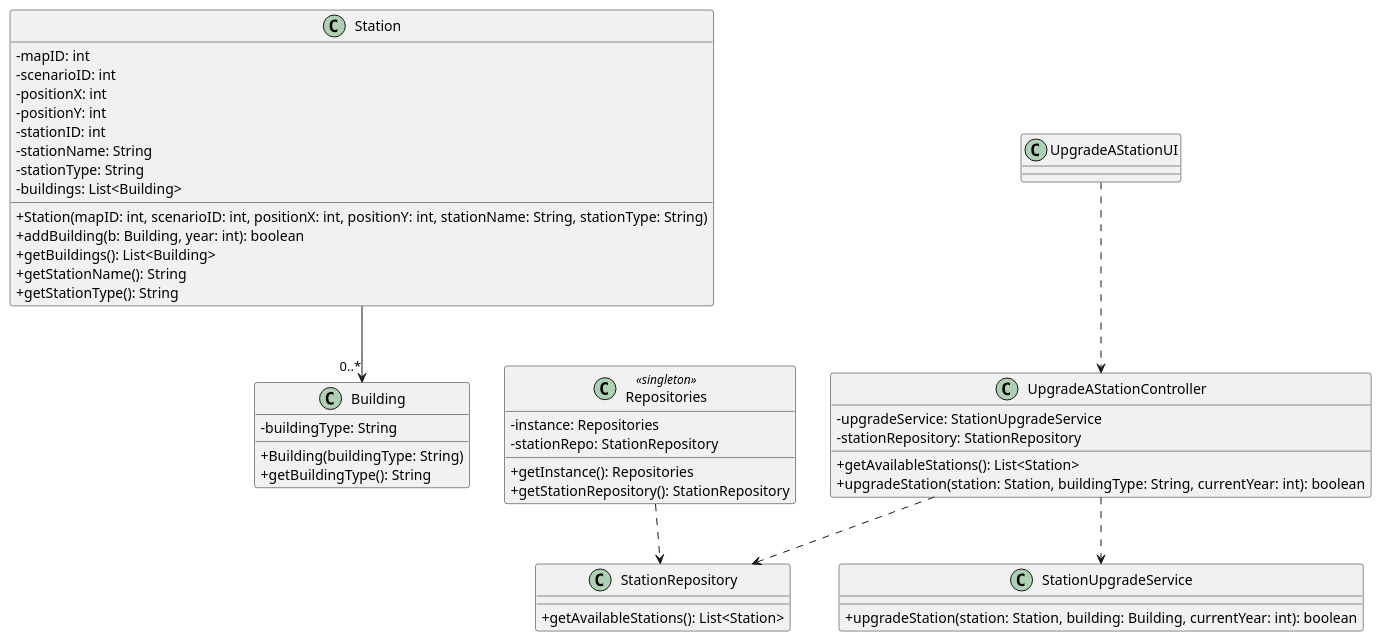
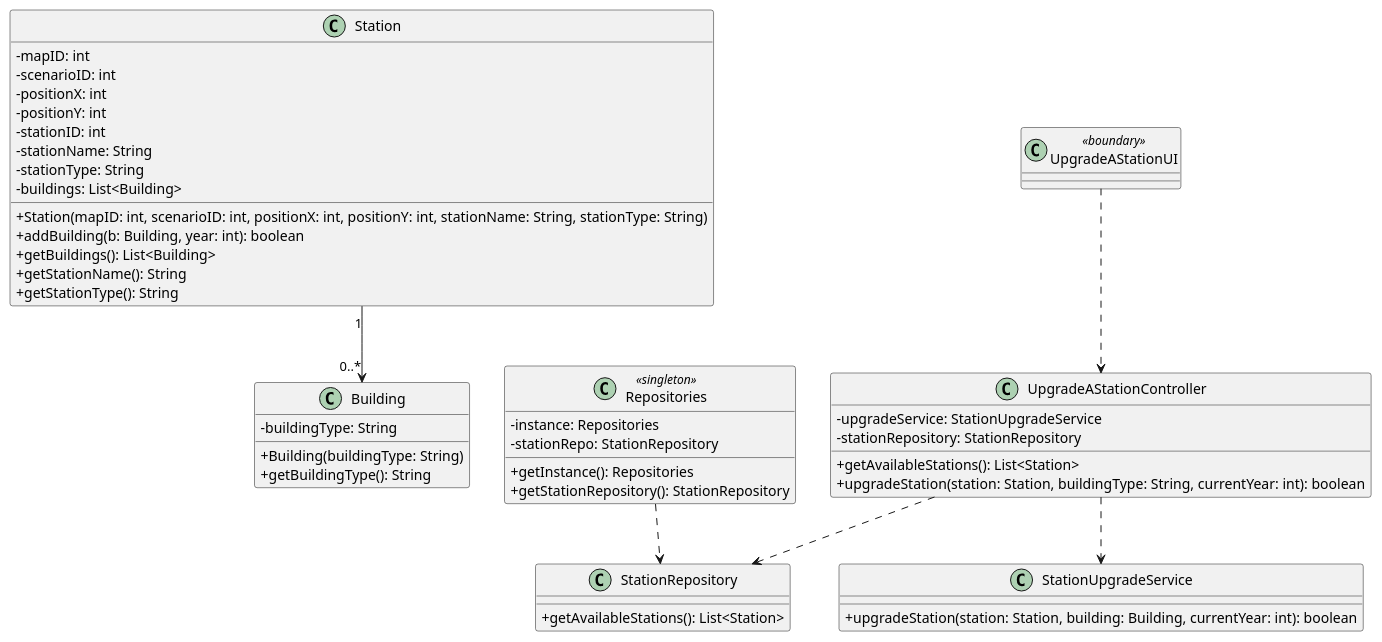
Before and after one commit to ivasduarte/all-aboard: the diagram in docs/sprint2/us006/03.design/puml/us006-class-diagram.puml, drawn with PlantUML.

Commit message:
US06(docs): class diagram

```diff
--- a/docs/sprint2/us006/03.design/puml/us006-class-diagram.puml
+++ b/docs/sprint2/us006/03.design/puml/us006-class-diagram.puml
@@ -1,58 +1,58 @@
 @startuml
 skinparam packageStyle rectangle
 skinparam shadowing false
 skinparam classAttributeIconSize 0
 
 class Station {
   - mapID: int
   - scenarioID: int
   - positionX: int
   - positionY: int
   - stationID: int
   - stationName: String
   - stationType: String
   - buildings: List<Building>
   + Station(mapID: int, scenarioID: int, positionX: int, positionY: int, stationName: String, stationType: String)
   + addBuilding(b: Building, year: int): boolean
   + getBuildings(): List<Building>
   + getStationName(): String
   + getStationType(): String
 }
 
 class Building {
   - buildingType: String
   + Building(buildingType: String)
   + getBuildingType(): String
 }
 
 class StationUpgradeService {
   + upgradeStation(station: Station, building: Building, currentYear: int): boolean
 }
 
-class UpgradeAStationUI
+class UpgradeAStationUI <<boundary>>
 
 class UpgradeAStationController {
   - upgradeService: StationUpgradeService
   - stationRepository: StationRepository
   + getAvailableStations(): List<Station>
   + upgradeStation(station: Station, buildingType: String, currentYear: int): boolean
 }
 
 class Repositories <<singleton>> {
   - instance: Repositories
   - stationRepo: StationRepository
   + getInstance(): Repositories
   + getStationRepository(): StationRepository
 }
 
 class StationRepository {
   + getAvailableStations(): List<Station>
 }
 
 UpgradeAStationUI ..> UpgradeAStationController
 UpgradeAStationController ..> StationUpgradeService
 UpgradeAStationController ..> StationRepository
 Repositories ..> StationRepository
-Station --> "0..*" Building
+Station "1" --> "0..*" Building
 
 @enduml
```
